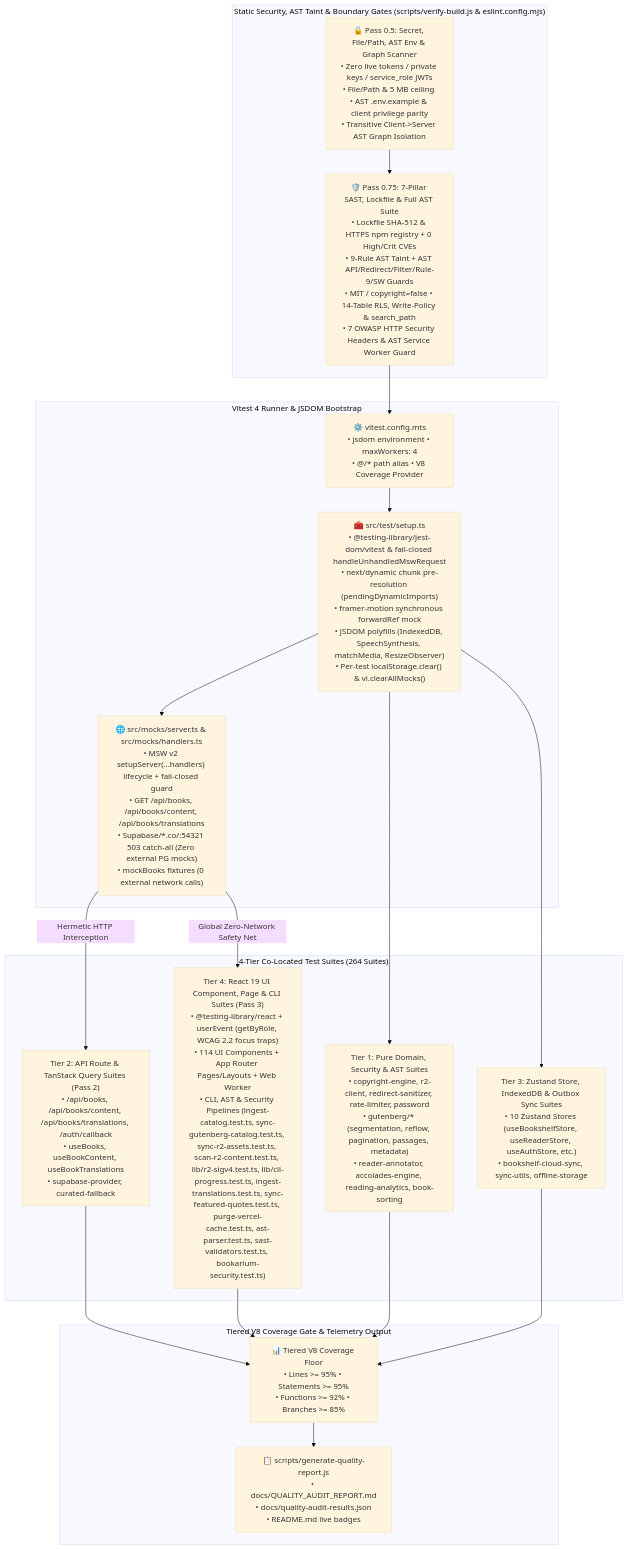
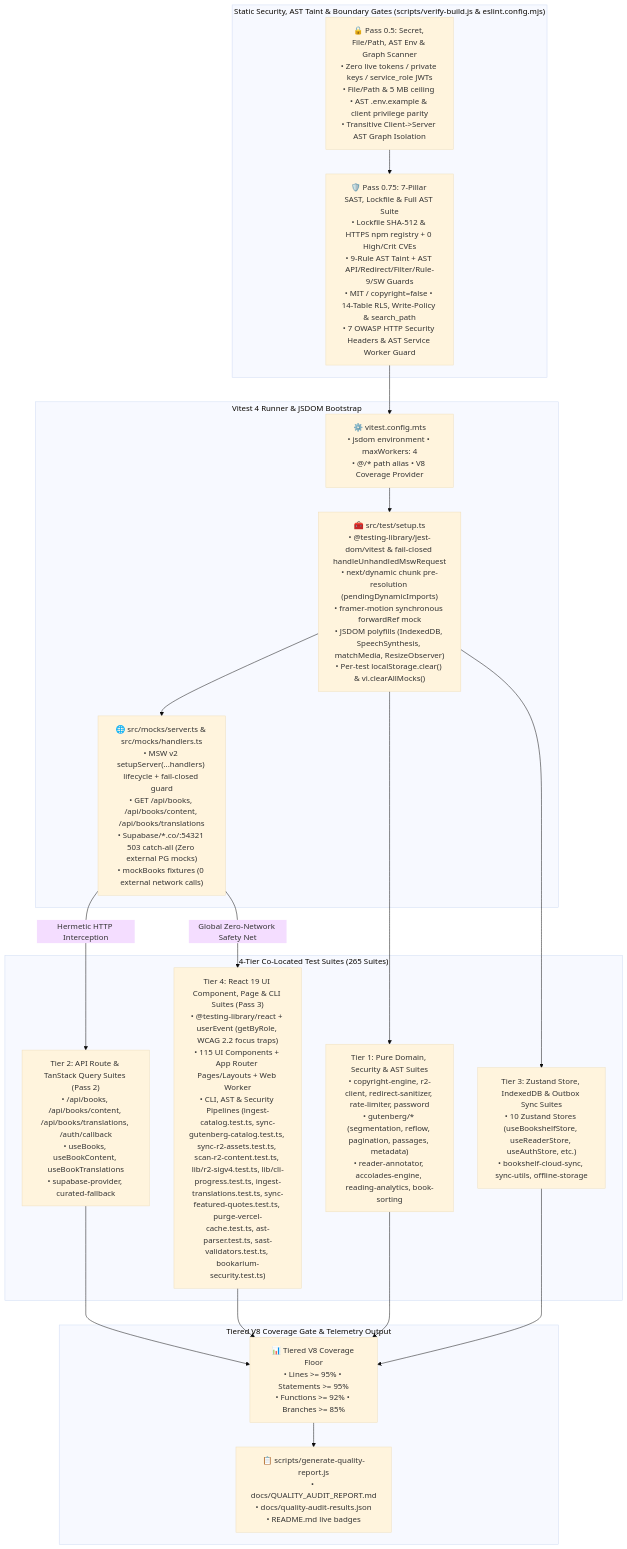
Before and after one commit to calin-m/Bookarium: the diagram in docs/architecture/ast-topology-and-tooling.md, drawn with Mermaid (base theme). The commit also changed other lines of this file and 44 other files, not shown here.

````diff
--- a/docs/architecture/ast-topology-and-tooling.md
+++ b/docs/architecture/ast-topology-and-tooling.md
@@ -15,39 +15,39 @@
 ```mermaid
 flowchart TD
     subgraph SecurityGates ["Static Security, AST Taint & Boundary Gates (scripts/verify-build.js & eslint.config.mjs)"]
         Pass05["🔒 Pass 0.5: Secret, File/Path, AST Env & Graph Scanner\n• Zero live tokens / private keys / service_role JWTs\n• File/Path & 5 MB ceiling • AST .env.example & client privilege parity\n• Transitive Client->Server AST Graph Isolation"]
         Pass075["🛡️ Pass 0.75: 7-Pillar SAST, Lockfile & Full AST Suite\n• Lockfile SHA-512 & HTTPS npm registry + 0 High/Crit CVEs\n• 9-Rule AST Taint + AST API/Redirect/Filter/Rule-9/SW Guards\n• MIT / copyright=false • 14-Table RLS, Write-Policy & search_path\n• 7 OWASP HTTP Security Headers & AST Service Worker Guard"]
     end
 
     subgraph TestRunner ["Vitest 4 Runner & JSDOM Bootstrap"]
         VitestCfg["⚙️ vitest.config.mts\n• jsdom environment • maxWorkers: 4\n• @/* path alias • V8 Coverage Provider"]
         TestSetup["🧰 src/test/setup.ts\n• @testing-library/jest-dom/vitest & fail-closed handleUnhandledMswRequest\n• next/dynamic chunk pre-resolution (pendingDynamicImports)\n• framer-motion synchronous forwardRef mock\n• JSDOM polyfills (IndexedDB, SpeechSynthesis, matchMedia, ResizeObserver)\n• Per-test localStorage.clear() & vi.clearAllMocks()"]
         MSWServer["🌐 src/mocks/server.ts & src/mocks/handlers.ts\n• MSW v2 setupServer(...handlers) lifecycle + fail-closed guard\n• GET /api/books, /api/books/content, /api/books/translations\n• Supabase/*.co/:54321 503 catch-all (Zero external PG mocks)\n• mockBooks fixtures (0 external network calls)"]
     end
 
-    subgraph TestTiers ["4-Tier Co-Located Test Suites (264 Suites)"]
+    subgraph TestTiers ["4-Tier Co-Located Test Suites (265 Suites)"]
         Tier1["Tier 1: Pure Domain, Security & AST Suites\n• copyright-engine, r2-client, redirect-sanitizer, rate-limiter, password\n• gutenberg/* (segmentation, reflow, pagination, passages, metadata)\n• reader-annotator, accolades-engine, reading-analytics, book-sorting"]
         Tier2["Tier 2: API Route & TanStack Query Suites (Pass 2)\n• /api/books, /api/books/content, /api/books/translations, /auth/callback\n• useBooks, useBookContent, useBookTranslations\n• supabase-provider, curated-fallback"]
         Tier3["Tier 3: Zustand Store, IndexedDB & Outbox Sync Suites\n• 10 Zustand Stores (useBookshelfStore, useReaderStore, useAuthStore, etc.)\n• bookshelf-cloud-sync, sync-utils, offline-storage"]
-        Tier4["Tier 4: React 19 UI Component, Page & CLI Suites (Pass 3)\n• @testing-library/react + userEvent (getByRole, WCAG 2.2 focus traps)\n• 114 UI Components + App Router Pages/Layouts + Web Worker\n• CLI, AST & Security Pipelines (ingest-catalog.test.ts, sync-gutenberg-catalog.test.ts, sync-r2-assets.test.ts, scan-r2-content.test.ts, lib/r2-sigv4.test.ts, lib/cli-progress.test.ts, ingest-translations.test.ts, sync-featured-quotes.test.ts, purge-vercel-cache.test.ts, ast-parser.test.ts, sast-validators.test.ts, bookarium-security.test.ts)"]
+        Tier4["Tier 4: React 19 UI Component, Page & CLI Suites (Pass 3)\n• @testing-library/react + userEvent (getByRole, WCAG 2.2 focus traps)\n• 115 UI Components + App Router Pages/Layouts + Web Worker\n• CLI, AST & Security Pipelines (ingest-catalog.test.ts, sync-gutenberg-catalog.test.ts, sync-r2-assets.test.ts, scan-r2-content.test.ts, lib/r2-sigv4.test.ts, lib/cli-progress.test.ts, ingest-translations.test.ts, sync-featured-quotes.test.ts, purge-vercel-cache.test.ts, ast-parser.test.ts, sast-validators.test.ts, bookarium-security.test.ts)"]
     end
 
     subgraph CoverageGate ["Tiered V8 Coverage Gate & Telemetry Output"]
         V8Thresholds["📊 Tiered V8 Coverage Floor\n• Lines >= 95% • Statements >= 95%\n• Functions >= 92% • Branches >= 85%"]
         QualityReport["📋 scripts/generate-quality-report.js\n• docs/QUALITY_AUDIT_REPORT.md\n• docs/quality-audit-results.json\n• README.md live badges"]
     end
 
     Pass05 --> Pass075
     Pass075 --> VitestCfg
     VitestCfg --> TestSetup
     TestSetup --> MSWServer
     TestSetup --> Tier1
     MSWServer -->|"Hermetic HTTP Interception"| Tier2
     TestSetup --> Tier3
     MSWServer -->|"Global Zero-Network Safety Net"| Tier4
     Tier1 --> V8Thresholds
     Tier2 --> V8Thresholds
     Tier3 --> V8Thresholds
     Tier4 --> V8Thresholds
     V8Thresholds --> QualityReport
 ```
````
